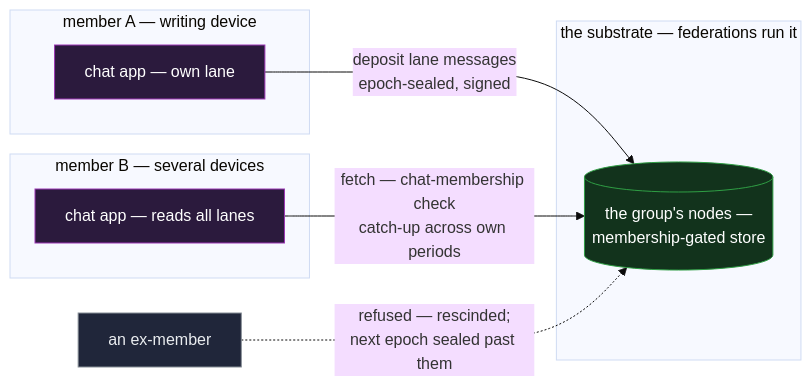
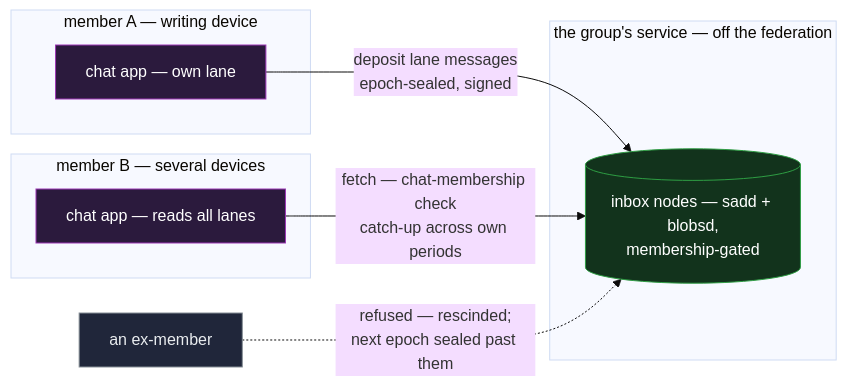
The diagram in docs/design/example-applications/chat.md (jasoncolburne/vdti), drawn with Mermaid (base theme) before and after one commit. The commit also changed other lines of this file and 79 other files, not shown here.

````diff
--- a/docs/design/example-applications/chat.md
+++ b/docs/design/example-applications/chat.md
@@ -12,19 +12,19 @@
 ```mermaid
 flowchart LR
   subgraph mA["member A — writing device"]
     aApp["chat app — own lane"]:::app
   end
   subgraph mB["member B — several devices"]
     bApp["chat app — reads all lanes"]:::app
   end
   ex["an ex-member"]:::ext
-  subgraph sub["the substrate — federations run it"]
-    gnode[("the group's nodes —<br/>membership-gated store")]:::svc
+  subgraph svc["the group's service — off the federation"]
+    gnode[("inbox nodes — sadd + blobsd,<br/>membership-gated")]:::svc
   end
   aApp -->|"deposit lane messages<br/>epoch-sealed, signed"| gnode
   bApp -->|"fetch — chat-membership check<br/>catch-up across own periods"| gnode
   ex -.->|"refused — rescinded;<br/>next epoch sealed past them"| gnode
   classDef app fill:#2b1a3d,stroke:#9c36b5,color:#fff
   classDef svc fill:#12331c,stroke:#2f9e44,color:#fff
   classDef ext fill:#20263a,stroke:#868e96,color:#e9ecef
 ```
````
